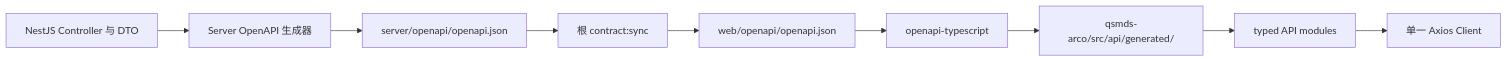
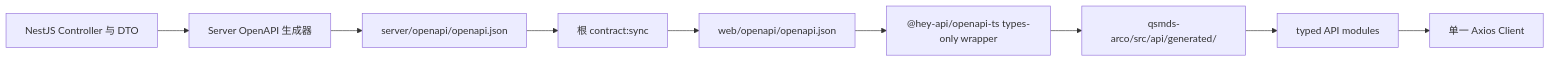
The diagram in docs/全局文档/阶段四接口契约设计.md (SilnoGM/QIANSHU-DMS), drawn with Mermaid before and after one commit. The commit also changed other lines of this file, not shown here.

````diff
--- a/docs/全局文档/阶段四接口契约设计.md
+++ b/docs/全局文档/阶段四接口契约设计.md
@@ -239,11 +239,11 @@
 ```mermaid
 flowchart LR
     A["NestJS Controller 与 DTO"] --> B["Server OpenAPI 生成器"]
     B --> C["server/openapi/openapi.json"]
     C --> D["根 contract:sync"]
     D --> E["web/openapi/openapi.json"]
-    E --> F["openapi-typescript"]
+    E --> F["@hey-api/openapi-ts types-only wrapper"]
     F --> G["qsmds-arco/src/api/generated/"]
     G --> H["typed API modules"]
     H --> I["单一 Axios Client"]
 ```
````
